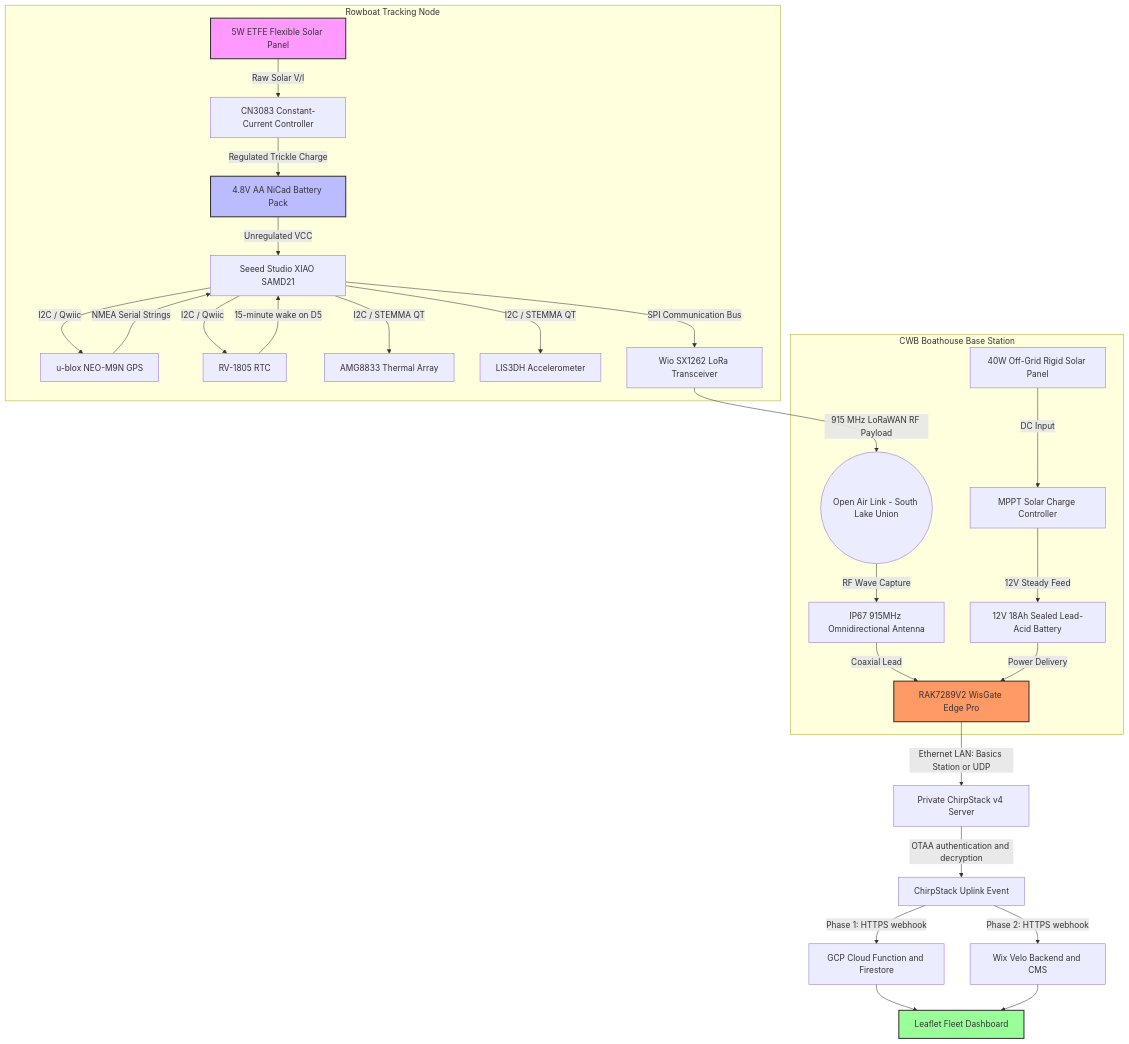
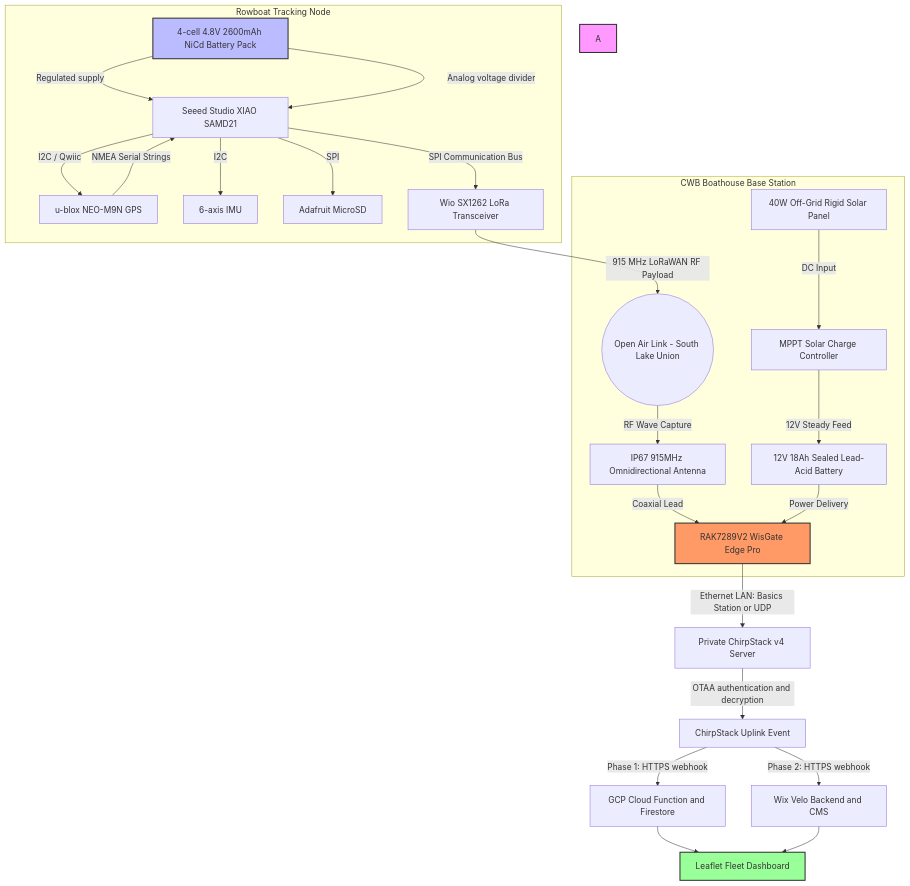
One commit to RogerDaveClarke/CWB changed the first of 2 diagrams in CWB_Rowboat_Tracking_System_Architecture.md. Above: the diagram before and after it, drawn with Mermaid. The commit also changed other lines of this file and 24 other files, not shown here.

````diff
--- a/CWB_Rowboat_Tracking_System_Architecture.md
+++ b/CWB_Rowboat_Tracking_System_Architecture.md
@@ -29,42 +32,39 @@
 ```mermaid
 graph TD
     %% Boat Tracker Node
     subgraph Boat Tracker Node [Rowboat Tracking Node]
-        A[5W ETFE Flexible Solar Panel] -->|Raw Solar V/I| B[CN3083 Constant-Current Controller]
-        B[CN3083 Constant-Current Controller] -->|Regulated Trickle Charge| C[4.8V AA NiCad Battery Pack]
-        C[4.8V AA NiCad Battery Pack] -->|Unregulated VCC| D[Seeed Studio XIAO SAMD21]
+      C[4-cell 4.8V 2600mAh NiCd Battery Pack] -->|Regulated supply| D[Seeed Studio XIAO SAMD21]
+      C -->|Analog voltage divider| D
         D[Seeed Studio XIAO SAMD21] -->|I2C / Qwiic| E[u-blox NEO-M9N GPS]
-        D[Seeed Studio XIAO SAMD21] -->|I2C / Qwiic| R[RV-1805 RTC]
-        R[RV-1805 RTC] -->|15-minute wake on D5| D[Seeed Studio XIAO SAMD21]
-        D[Seeed Studio XIAO SAMD21] -->|I2C / STEMMA QT| T[AMG8833 Thermal Array]
-        D[Seeed Studio XIAO SAMD21] -->|I2C / STEMMA QT| X[LIS3DH Accelerometer]
+      D[Seeed Studio XIAO SAMD21] -->|I2C| X[6-axis IMU]
+      D[Seeed Studio XIAO SAMD21] -->|SPI| S[Adafruit MicroSD]
         D[Seeed Studio XIAO SAMD21] -->|SPI Communication Bus| F[Wio SX1262 LoRa Transceiver]
         E[u-blox NEO-M9N GPS] -->|NMEA Serial Strings| D[Seeed Studio XIAO SAMD21]
     end
 
     %% RF Data Link
     F[Wio SX1262 LoRa Transceiver] -->|915 MHz LoRaWAN RF Payload| G((Open Air Link - South Lake Union))
 
     %% Base Station Gateway
     subgraph Base Station Gateway [CWB Boathouse Base Station]
         G((Open Air Link - South Lake Union)) -->|RF Wave Capture| H[IP67 915MHz Omnidirectional Antenna]
         H[IP67 915MHz Omnidirectional Antenna] -->|Coaxial Lead| I[RAK7289V2 WisGate Edge Pro]
         J[40W Off-Grid Rigid Solar Panel] -->|DC Input| K[MPPT Solar Charge Controller]
         K[MPPT Solar Charge Controller] -->|12V Steady Feed| L[12V 18Ah Sealed Lead-Acid Battery]
         L[12V 18Ah Sealed Lead-Acid Battery] -->|Power Delivery| I[RAK7289V2 WisGate Edge Pro]
     end
 
     %% Private Network Server and Application Routing
     I[RAK7289V2 WisGate Edge Pro] -->|Ethernet LAN: Basics Station or UDP| M[Private ChirpStack v4 Server]
     M[Private ChirpStack v4 Server] -->|OTAA authentication and decryption| N[ChirpStack Uplink Event]
     N[ChirpStack Uplink Event] -->|Phase 1: HTTPS webhook| P[GCP Cloud Function and Firestore]
     N[ChirpStack Uplink Event] -->|Phase 2: HTTPS webhook| Q[Wix Velo Backend and CMS]
     P[GCP Cloud Function and Firestore] --> O[Leaflet Fleet Dashboard]
     Q[Wix Velo Backend and CMS] --> O[Leaflet Fleet Dashboard]
 
     %% Styles
     style A fill:#f9f,stroke:#333,stroke-width:2px
     style C fill:#bbf,stroke:#333,stroke-width:2px
     style I fill:#f96,stroke:#333,stroke-width:2px
     style O fill:#9f9,stroke:#333,stroke-width:2px
 ```
````
